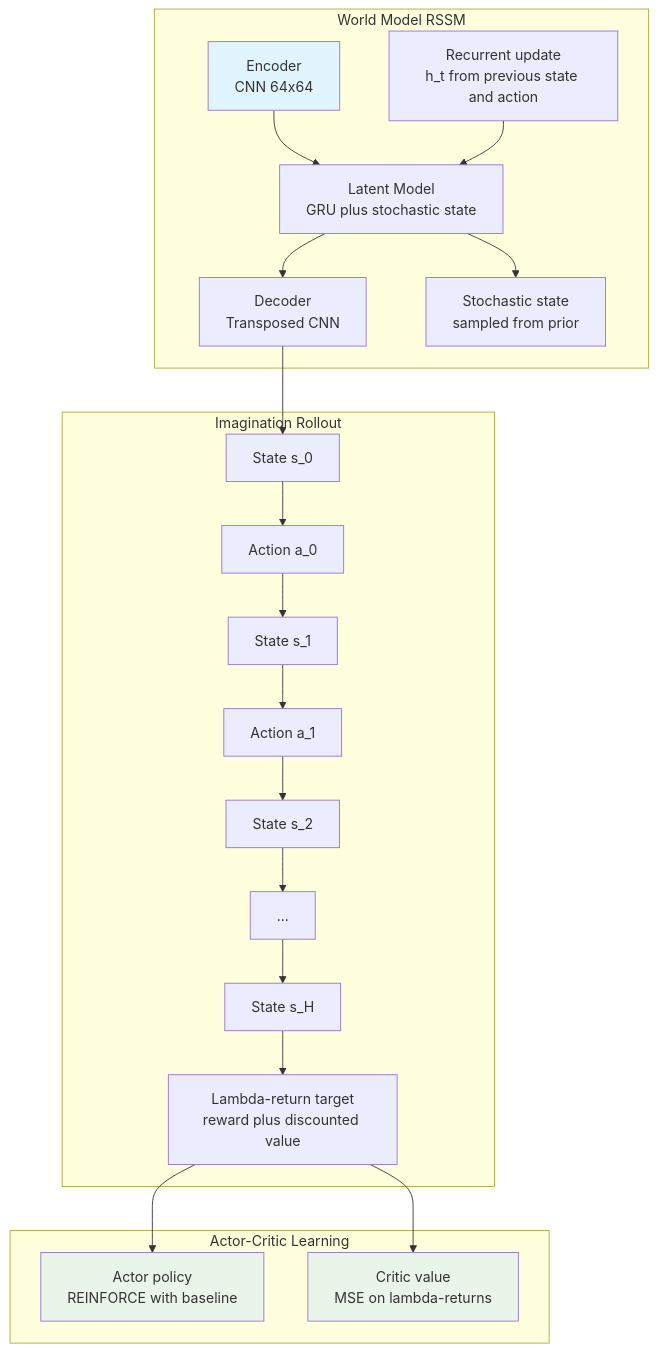
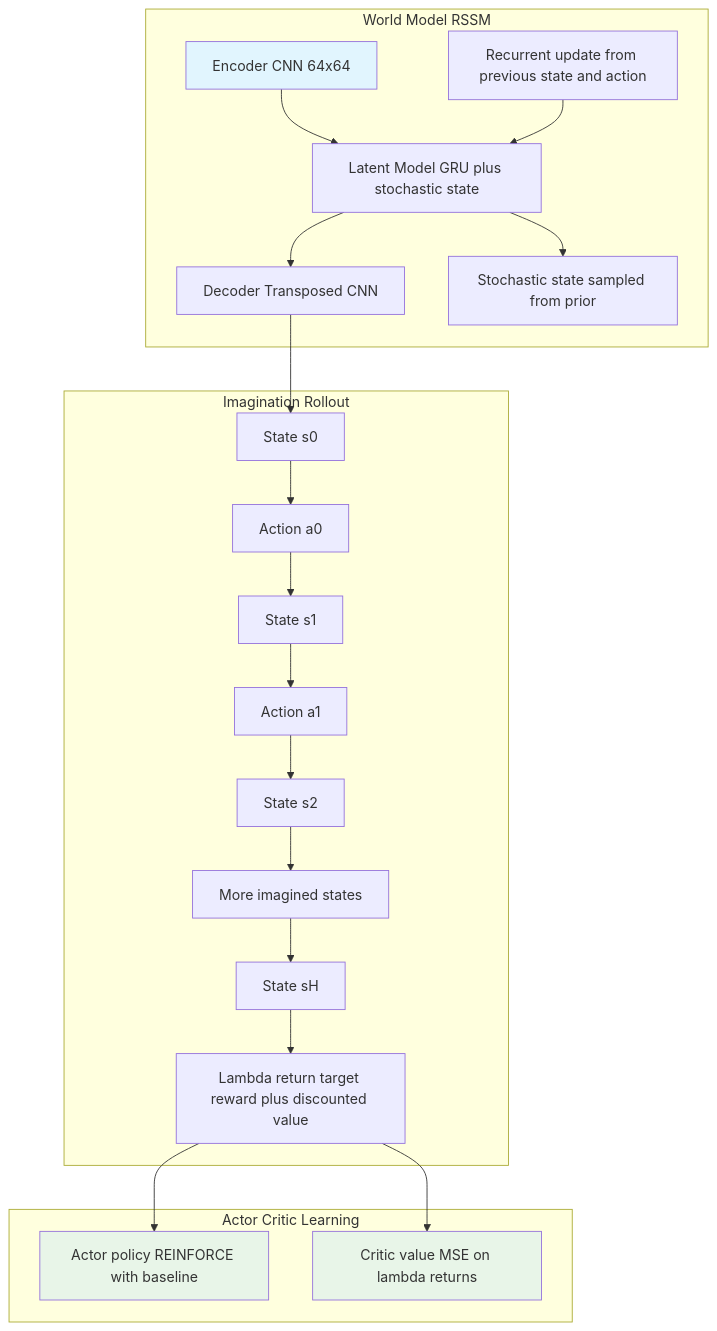
The diagram in docs/source/dreamer.md (ParamThakkar123/torchwm), drawn with Mermaid before and after one commit. The commit also changed 5 other files, not shown here.

Commit message:
Prevent Mermaid diagrams from rerendering as errors

````diff
--- a/docs/source/dreamer.md
+++ b/docs/source/dreamer.md
@@ -21,32 +21,32 @@
 ```{mermaid}
-graph TD
-    subgraph world_model["World Model RSSM"]
-        A["Encoder<br/>CNN 64x64"] --> B["Latent Model<br/>GRU plus stochastic state"]
-        B --> C["Decoder<br/>Transposed CNN"]
-        B --> D["Stochastic state<br/>sampled from prior"]
-        E["Recurrent update<br/>h_t from previous state and action"] --> B
+flowchart TD
+    subgraph world_model [World Model RSSM]
+        A[Encoder CNN 64x64] --> B[Latent Model GRU plus stochastic state]
+        B --> C[Decoder Transposed CNN]
+        B --> D[Stochastic state sampled from prior]
+        E[Recurrent update from previous state and action] --> B
     end
 
-    subgraph rollout["Imagination Rollout"]
-        F["State s_0"] --> G["Action a_0"]
-        G --> H["State s_1"]
-        H --> I["Action a_1"]
-        I --> J["State s_2"]
-        J --> K["..."]
-        K --> L["State s_H"]
-        L --> M["Lambda-return target<br/>reward plus discounted value"]
+    subgraph rollout [Imagination Rollout]
+        F[State s0] --> G[Action a0]
+        G --> H[State s1]
+        H --> I[Action a1]
+        I --> J[State s2]
+        J --> K[More imagined states]
+        K --> L[State sH]
+        L --> M[Lambda return target reward plus discounted value]
     end
 
-    subgraph actor_critic["Actor-Critic Learning"]
-        N["Actor policy<br/>REINFORCE with baseline"]
-        O["Critic value<br/>MSE on lambda-returns"]
+    subgraph actor_critic [Actor Critic Learning]
+        N[Actor policy REINFORCE with baseline]
+        O[Critic value MSE on lambda returns]
     end
 
     C --> F
     M --> N
     M --> O
 
     style A fill:#e1f5fe
     style N fill:#e8f5e8
     style O fill:#e8f5e8
 ```
````
